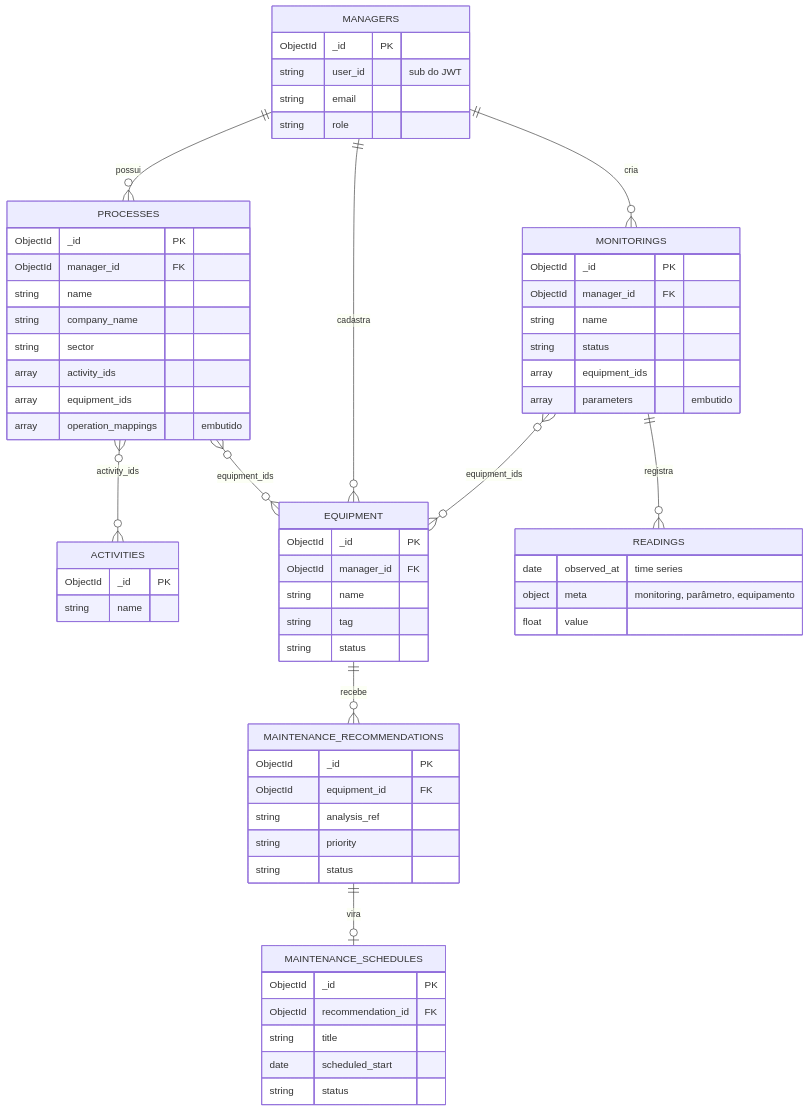
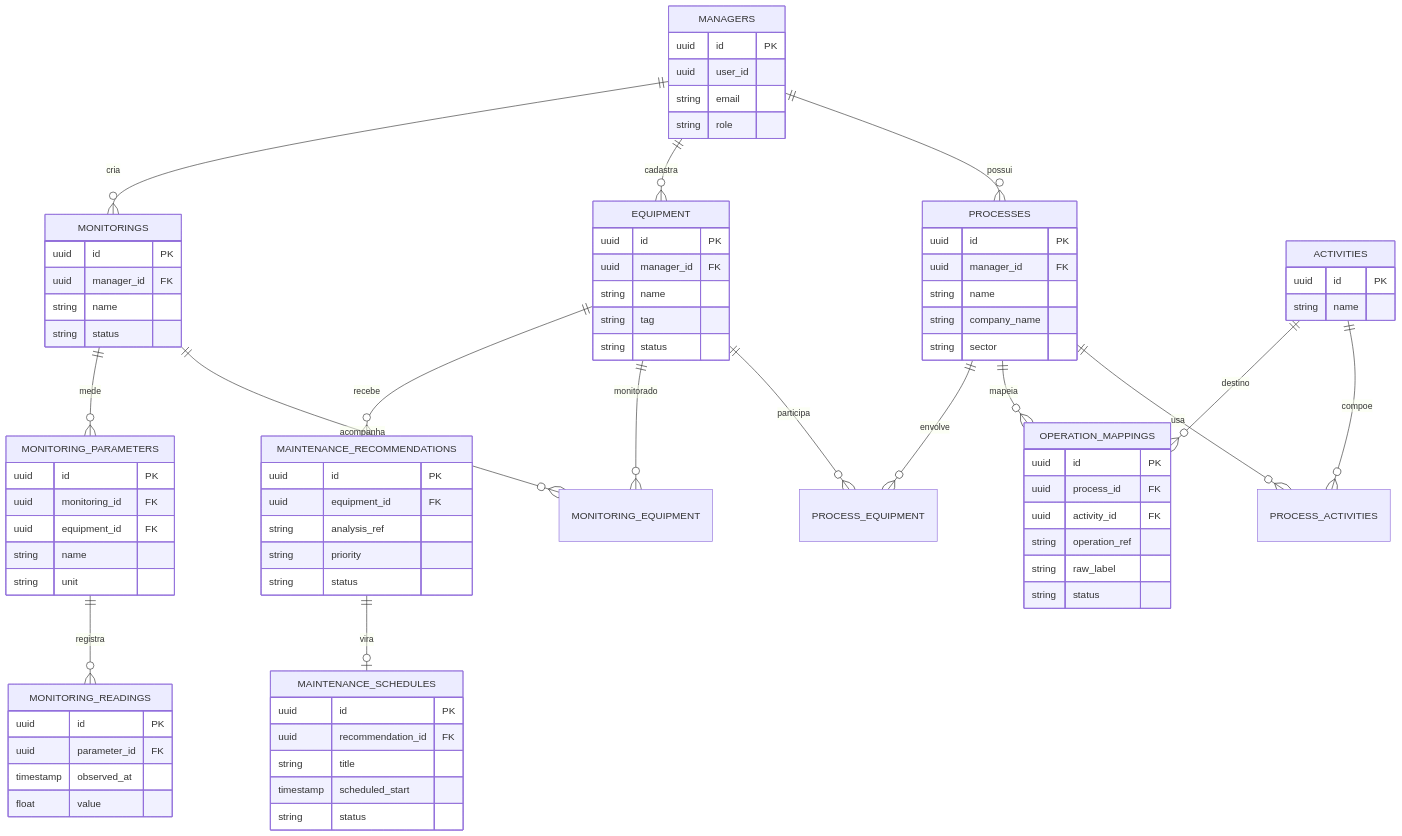
Diagram 11 of 13 in architecture/arc42.md (aland3r/deviante-docs), drawn with Mermaid before and after one commit. The commit also changed other lines of this file, not shown here.

Commit message:
arc42: Core volta ao Supabase Postgres; persistência poliglota (ADR 03 e 08, §1.1, §2, §4, §5, §7, §8, §11)
Claude-Session: https://claude.ai/code/session_01AmE5KfE7b9iNvkkPZemtYe

````diff
--- a/architecture/arc42.md
+++ b/architecture/arc42.md
@@ -730,64 +728,81 @@
     MANAGERS ||--o{ PROCESSES : possui
     MANAGERS ||--o{ EQUIPMENT : cadastra
     MANAGERS ||--o{ MONITORINGS : cria
-    PROCESSES }o--o{ ACTIVITIES : activity_ids
-    PROCESSES }o--o{ EQUIPMENT : equipment_ids
-    MONITORINGS }o--o{ EQUIPMENT : equipment_ids
-    MONITORINGS ||--o{ READINGS : registra
+    PROCESSES ||--o{ PROCESS_ACTIVITIES : usa
+    ACTIVITIES ||--o{ PROCESS_ACTIVITIES : compoe
+    PROCESSES ||--o{ OPERATION_MAPPINGS : mapeia
+    ACTIVITIES ||--o{ OPERATION_MAPPINGS : destino
+    PROCESSES ||--o{ PROCESS_EQUIPMENT : envolve
+    EQUIPMENT ||--o{ PROCESS_EQUIPMENT : participa
+    MONITORINGS ||--o{ MONITORING_EQUIPMENT : acompanha
+    EQUIPMENT ||--o{ MONITORING_EQUIPMENT : monitorado
+    MONITORINGS ||--o{ MONITORING_PARAMETERS : mede
+    MONITORING_PARAMETERS ||--o{ MONITORING_READINGS : registra
     EQUIPMENT ||--o{ MAINTENANCE_RECOMMENDATIONS : recebe
     MAINTENANCE_RECOMMENDATIONS ||--o| MAINTENANCE_SCHEDULES : vira
     MANAGERS {
-        ObjectId _id PK
-        string user_id "sub do JWT"
+        uuid id PK
+        uuid user_id
         string email
         string role
     }
     PROCESSES {
-        ObjectId _id PK
-        ObjectId manager_id FK
+        uuid id PK
+        uuid manager_id FK
         string name
         string company_name
         string sector
-        array activity_ids
-        array equipment_ids
-        array operation_mappings "embutido"
     }
     ACTIVITIES {
-        ObjectId _id PK
+        uuid id PK
         string name
     }
+    OPERATION_MAPPINGS {
+        uuid id PK
+        uuid process_id FK
+        uuid activity_id FK
+        string operation_ref
+        string raw_label
+        string status
+    }
     EQUIPMENT {
-        ObjectId _id PK
-        ObjectId manager_id FK
+        uuid id PK
+        uuid manager_id FK
         string name
         string tag
         string status
     }
     MONITORINGS {
-        ObjectId _id PK
-        ObjectId manager_id FK
+        uuid id PK
+        uuid manager_id FK
         string name
         string status
-        array equipment_ids
-        array parameters "embutido"
     }
-    READINGS {
-        date observed_at "time series"
-        object meta "monitoring, parâmetro, equipamento"
+    MONITORING_PARAMETERS {
+        uuid id PK
+        uuid monitoring_id FK
+        uuid equipment_id FK
+        string name
+        string unit
+    }
+    MONITORING_READINGS {
+        uuid id PK
+        uuid parameter_id FK
+        timestamp observed_at
         float value
     }
     MAINTENANCE_RECOMMENDATIONS {
-        ObjectId _id PK
-        ObjectId equipment_id FK
+        uuid id PK
+        uuid equipment_id FK
         string analysis_ref
         string priority
         string status
     }
     MAINTENANCE_SCHEDULES {
-        ObjectId _id PK
-        ObjectId recommendation_id FK
+        uuid id PK
+        uuid recommendation_id FK
         string title
-        date scheduled_start
+        timestamp scheduled_start
         string status
     }
 ```
````
